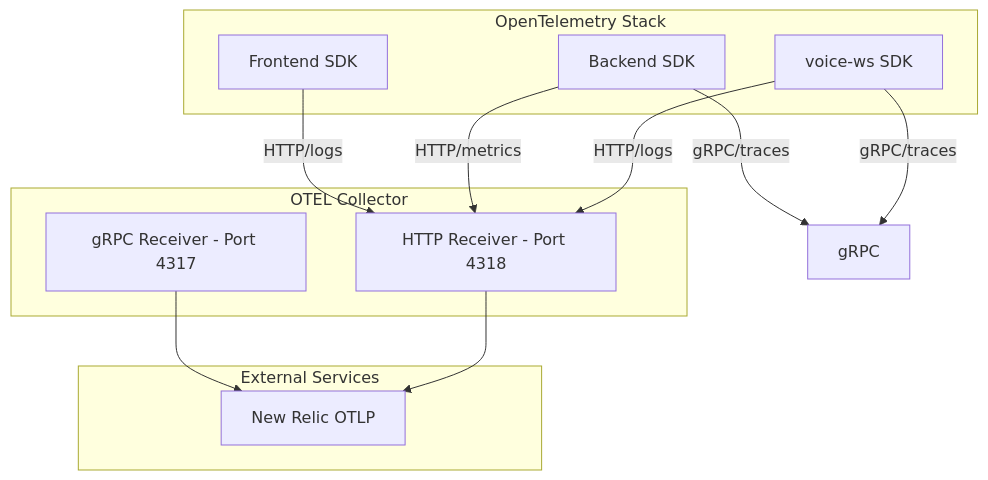
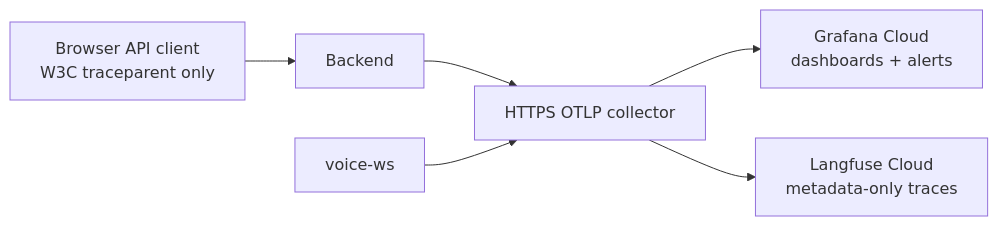
One commit to gauravdhiman/a1-voice-agent-platform changed the fifth of 5 diagrams in docs/01_architecture/overview.md. Above: the diagram before and after it, drawn with Mermaid. The commit also changed other lines of this file and 96 other files, not shown here.

````diff
--- a/docs/01_architecture/overview.md
+++ b/docs/01_architecture/overview.md
@@ -369,26 +374,8 @@
 ```mermaid
-graph TB
-    subgraph OTEL[OpenTelemetry Stack]
-        FE[Frontend SDK]
-        BE[Backend SDK]
-        WK[voice-ws SDK]
-    end
-
-    subgraph Collector[OTEL Collector]
-        GRPC[gRPC Receiver - Port 4317]
-        HTTP[HTTP Receiver - Port 4318]
-    end
-
-    subgraph Exporters[External Services]
-        NR[New Relic OTLP]
-    end
-
-    FE -->|HTTP/logs|HTTP
-    BE -->|gRPC/traces|gRPC
-    BE -->|HTTP/metrics|HTTP
-    WK -->|gRPC/traces|gRPC
-    WK -->|HTTP/logs|HTTP
-
-    GRPC --> NR
-    HTTP --> NR
+graph LR
+    BE[Backend] --> C[HTTPS OTLP collector]
+    WS[voice-ws] --> C
+    FE[Browser API client<br/>W3C traceparent only] --> BE
+    C --> G[Grafana Cloud<br/>dashboards + alerts]
+    C --> L[Langfuse Cloud<br/>metadata-only traces]
 ```
````
